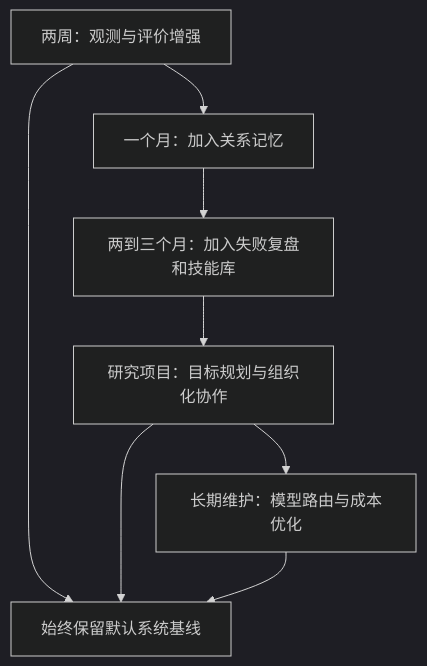
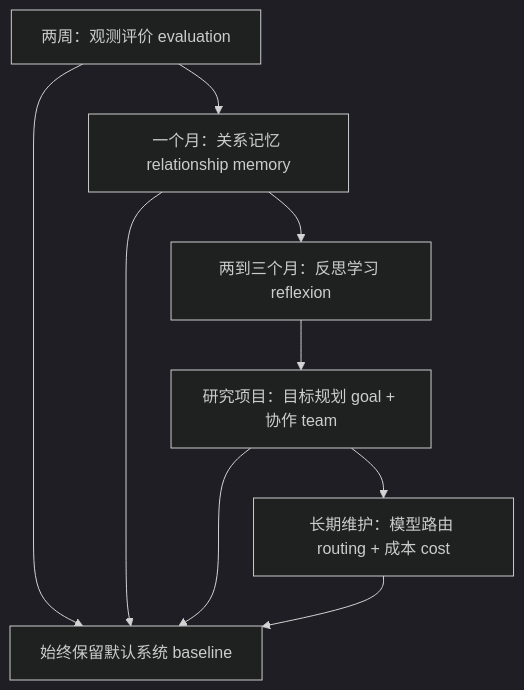
One commit to tbkken/GenerativeAgentsCN changed the fourth of 4 diagrams in docs/book/manuscript/part_05/chapter_38.md. Above: the diagram before and after it, drawn with Mermaid (dark theme). The commit also changed other lines of this file and 18 other files, not shown here.

````diff
--- a/docs/book/manuscript/part_05/chapter_38.md
+++ b/docs/book/manuscript/part_05/chapter_38.md
@@ -618,10 +338,11 @@
 ```mermaid
 flowchart TD
-    TwoWeeks["两周：观测与评价增强"] --> OneMonth["一个月：加入关系记忆"]
-    OneMonth --> ThreeMonths["两到三个月：加入失败复盘和技能库"]
-    ThreeMonths --> Research["研究项目：目标规划与组织化协作"]
-    Research --> Maintain["长期维护：模型路由与成本优化"]
-    TwoWeeks --> Baseline["始终保留默认系统基线"]
+    TwoWeeks["两周：观测评价 evaluation"] --> OneMonth["一个月：关系记忆 relationship memory"]
+    OneMonth --> ThreeMonths["两到三个月：反思学习 reflexion"]
+    ThreeMonths --> Research["研究项目：目标规划 goal + 协作 team"]
+    Research --> Maintain["长期维护：模型路由 routing + 成本 cost"]
+    TwoWeeks --> Baseline["始终保留默认系统 baseline"]
+    OneMonth --> Baseline
     Research --> Baseline
     Maintain --> Baseline
 ```
````
